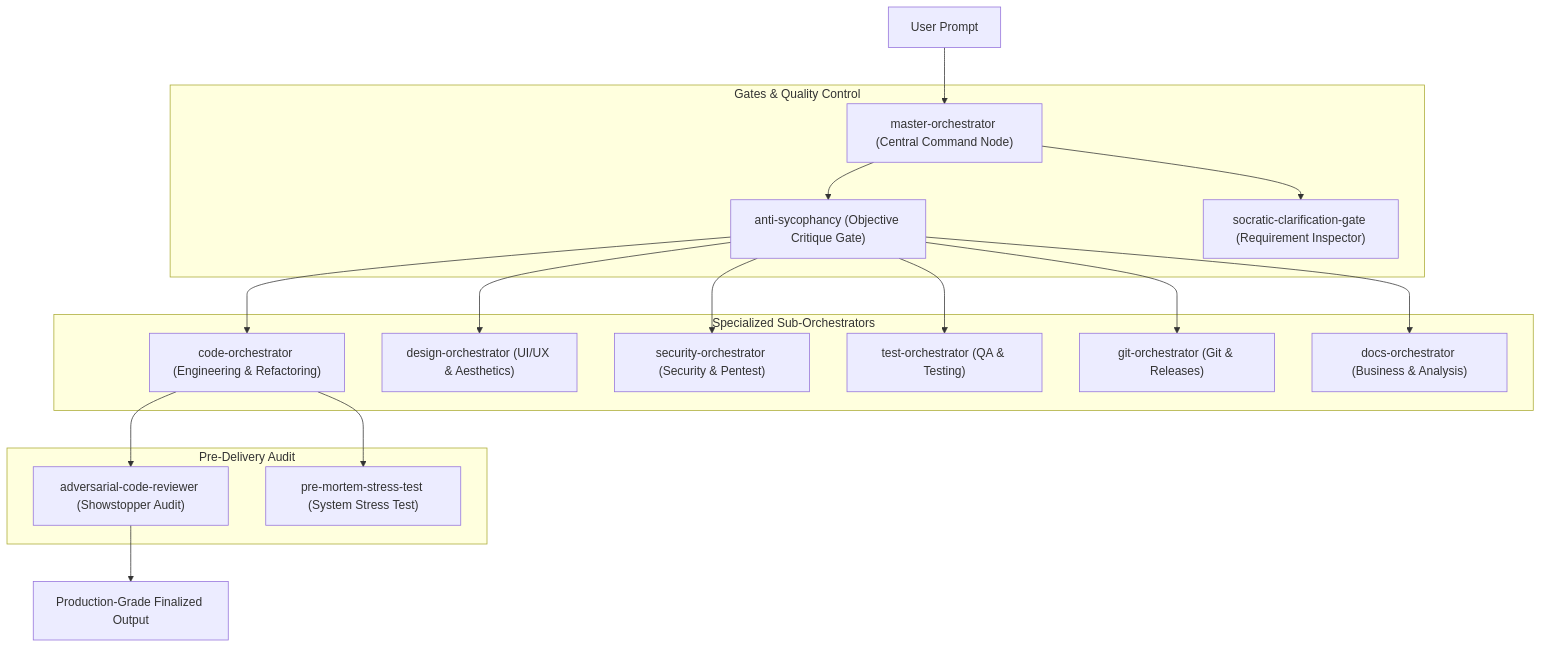
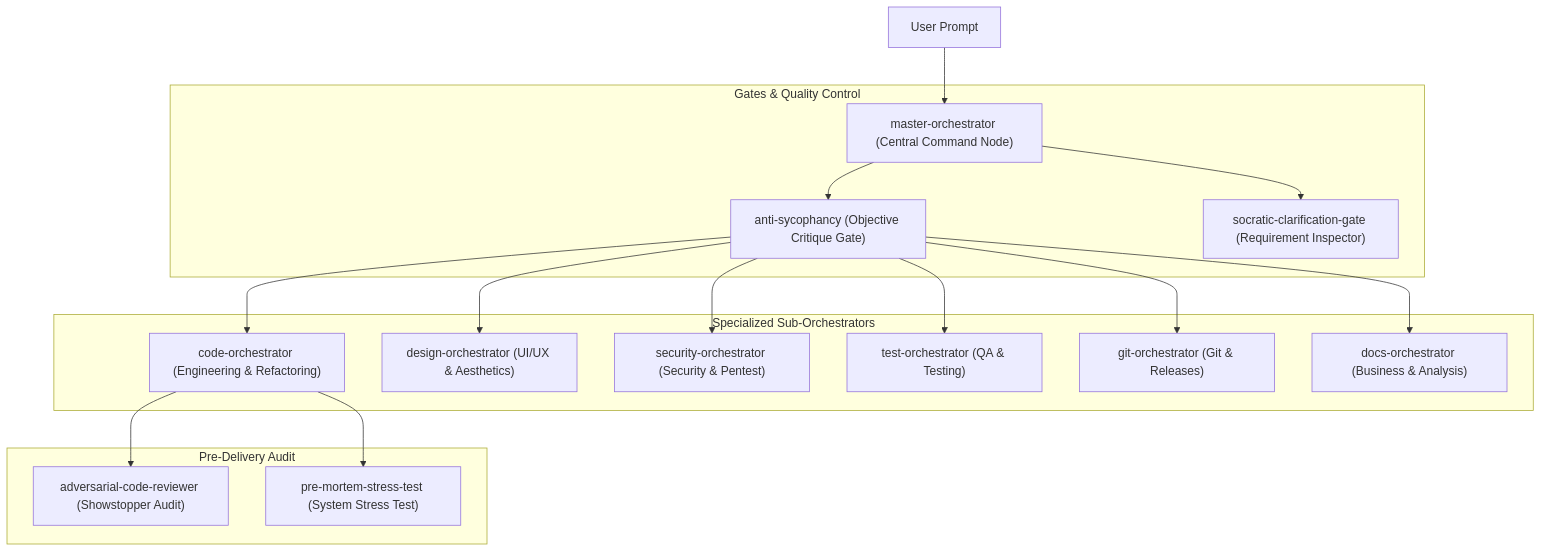
Before and after one commit to GktuOktay/ai-skills: the diagram in README_EN.md, drawn with Mermaid. The commit also changed other lines of this file and 914 other files, not shown here.

````diff
--- a/README_EN.md
+++ b/README_EN.md
@@ -38,25 +38,24 @@
 ```mermaid
 graph TD
     User["User Prompt"] --> MO["master-orchestrator (Central Command Node)"]
     
     subgraph "Gates & Quality Control"
         MO --> AS["anti-sycophancy (Objective Critique Gate)"]
         MO --> SCG["socratic-clarification-gate (Requirement Inspector)"]
     end
     
     subgraph "Specialized Sub-Orchestrators"
         AS --> CO["code-orchestrator (Engineering & Refactoring)"]
         AS --> DO["design-orchestrator (UI/UX & Aesthetics)"]
         AS --> SO["security-orchestrator (Security & Pentest)"]
         AS --> TO["test-orchestrator (QA & Testing)"]
         AS --> GO["git-orchestrator (Git & Releases)"]
         AS --> DocO["docs-orchestrator (Business & Analysis)"]
     end
     
     subgraph "Pre-Delivery Audit"
         CO --> ACR["adversarial-code-reviewer (Showstopper Audit)"]
         CO --> PM["pre-mortem-stress-test (System Stress Test)"]
     end
     
-    ACR --> Final["Production-Grade Finalized Output"]
 ```
````
